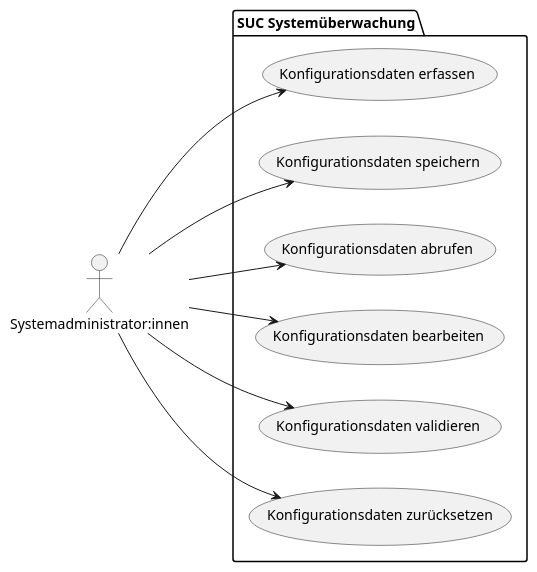
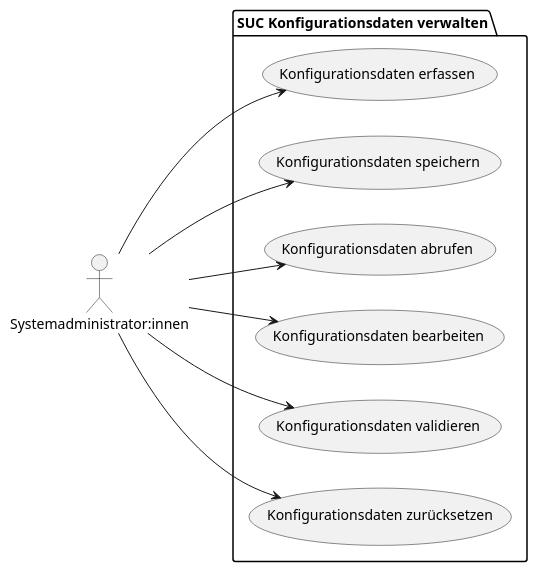
The ninth of 17 diagrams in docs/2_planning/2_system_use_cases.md (helenlaible/ss23-kba-project), drawn with PlantUML before and after one commit. The commit also changed other lines of this file, not shown here.

````diff
--- a/docs/2_planning/2_system_use_cases.md
+++ b/docs/2_planning/2_system_use_cases.md
@@ -250,26 +250,26 @@
 ```plantuml Konfigurationsdaten verwalten
 @startuml
 
 left to right direction
 actor "Systemadministrator:innen" as SysAdmin
 
-package "SUC Systemüberwachung" {
+package "SUC Konfigurationsdaten verwalten" {
 
   (Konfigurationsdaten erfassen) as UC1
   (Konfigurationsdaten speichern) as UC2
   (Konfigurationsdaten abrufen) as UC3
   (Konfigurationsdaten bearbeiten) as UC4
   (Konfigurationsdaten validieren) as UC5
   (Konfigurationsdaten zurücksetzen) as UC6
 
 }
 
 SysAdmin --> UC1
 SysAdmin --> UC2
 SysAdmin --> UC3
 SysAdmin --> UC4
 SysAdmin --> UC5
 SysAdmin --> UC6
 
 @enduml
 ```
````
